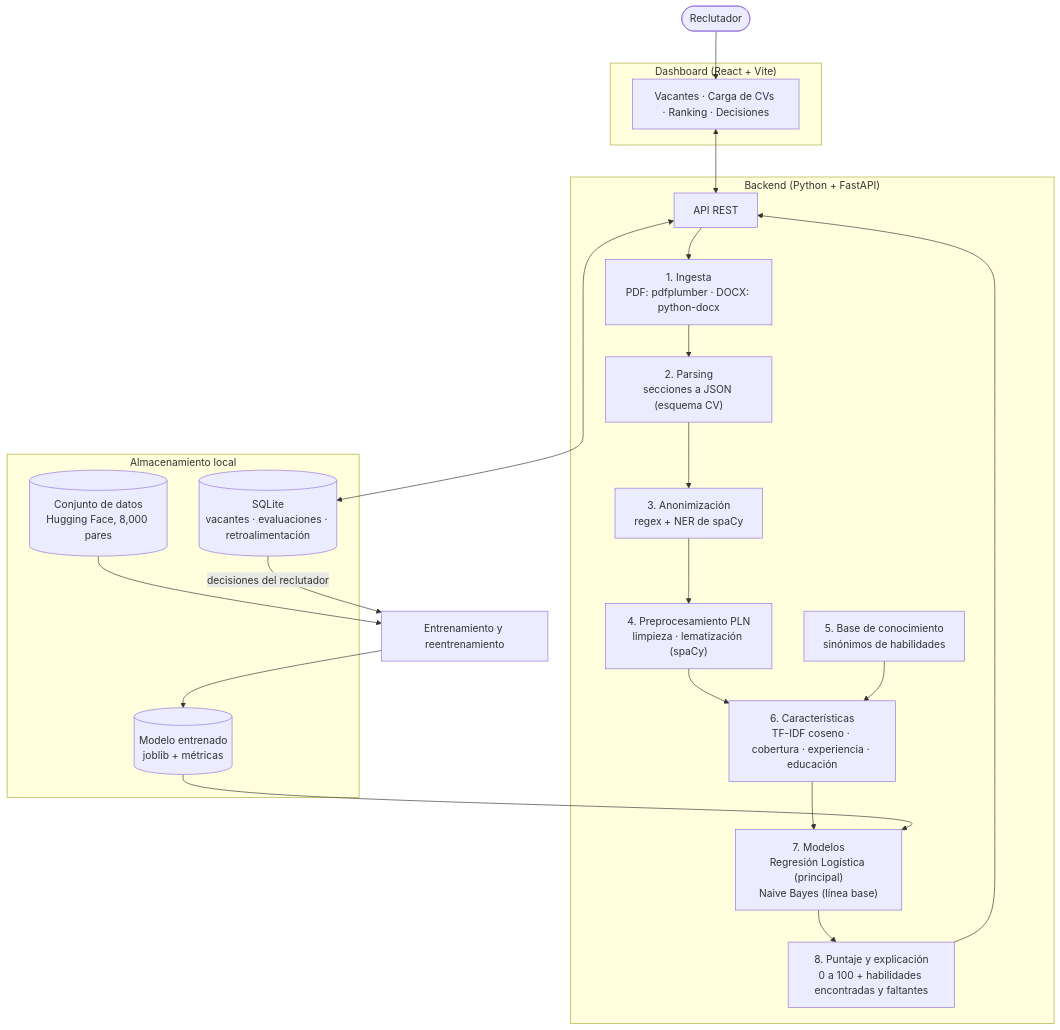
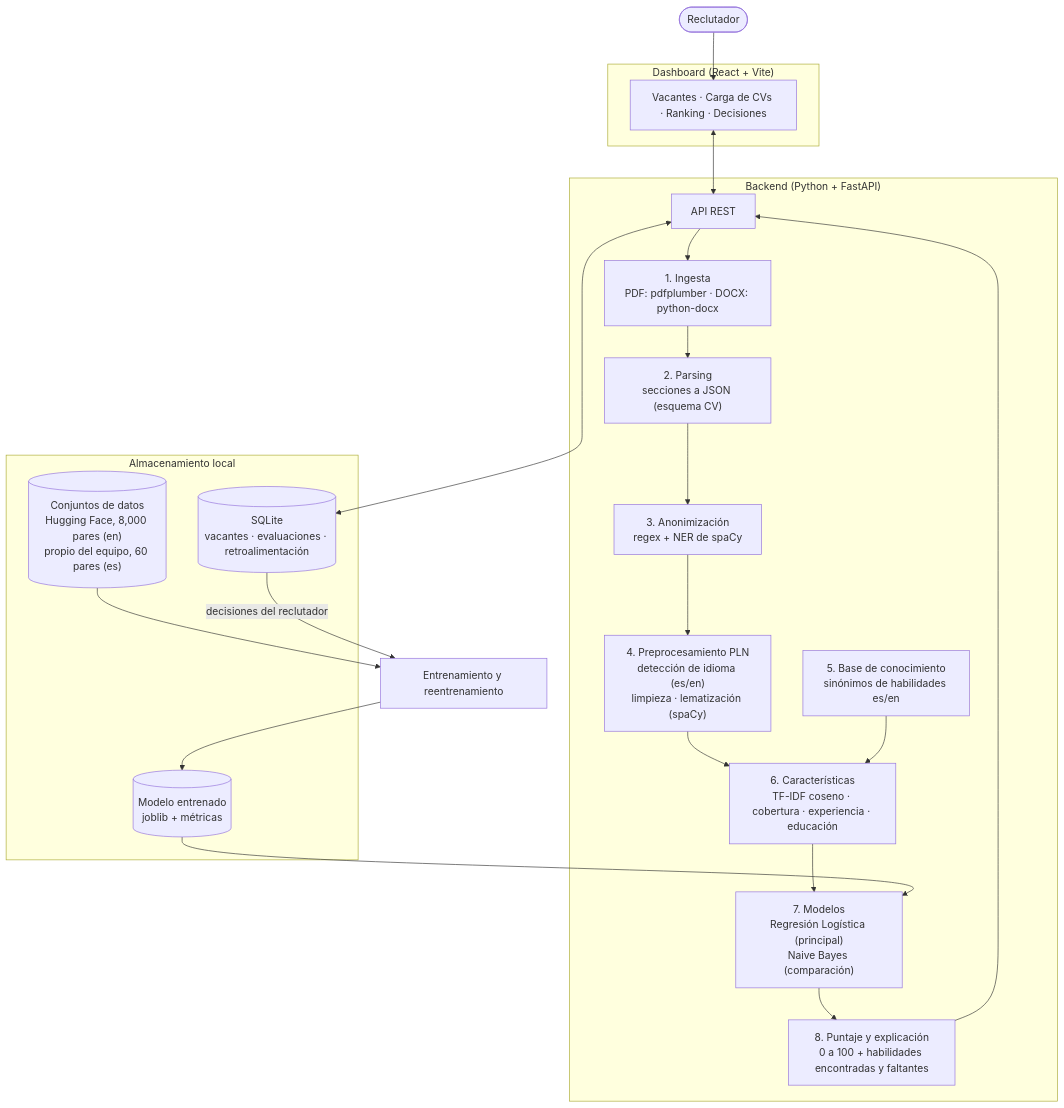
Before and after one commit to Aselori/cv-screening: the diagram in docs/arquitectura.md, drawn with Mermaid. The commit also changed other lines of this file and 6 other files, not shown here.

````diff
--- a/docs/arquitectura.md
+++ b/docs/arquitectura.md
@@ -16,37 +16,37 @@
 ```mermaid
 flowchart TD
     REC([Reclutador])
 
     subgraph FE["Dashboard (React + Vite)"]
         UI["Vacantes · Carga de CVs · Ranking · Decisiones"]
     end
 
     subgraph BE["Backend (Python + FastAPI)"]
         API["API REST"]
         ING["1. Ingesta<br/>PDF: pdfplumber · DOCX: python-docx"]
         PAR["2. Parsing<br/>secciones a JSON (esquema CV)"]
         ANO["3. Anonimización<br/>regex + NER de spaCy"]
-        PLN["4. Preprocesamiento PLN<br/>limpieza · lematización (spaCy)"]
-        KB["5. Base de conocimiento<br/>sinónimos de habilidades"]
+        PLN["4. Preprocesamiento PLN<br/>detección de idioma (es/en)<br/>limpieza · lematización (spaCy)"]
+        KB["5. Base de conocimiento<br/>sinónimos de habilidades es/en"]
         FEAT["6. Características<br/>TF-IDF coseno · cobertura · experiencia · educación"]
-        ML["7. Modelos<br/>Regresión Logística (principal)<br/>Naive Bayes (línea base)"]
+        ML["7. Modelos<br/>Regresión Logística (principal)<br/>Naive Bayes (comparación)"]
         SC["8. Puntaje y explicación<br/>0 a 100 + habilidades encontradas y faltantes"]
     end
 
     subgraph ST["Almacenamiento local"]
         DB[("SQLite<br/>vacantes · evaluaciones · retroalimentación")]
         MOD[("Modelo entrenado<br/>joblib + métricas")]
-        DS[("Conjunto de datos<br/>Hugging Face, 8,000 pares")]
+        DS[("Conjuntos de datos<br/>Hugging Face, 8,000 pares (en)<br/>propio del equipo, 60 pares (es)")]
     end
 
     REC --> UI
     UI <--> API
     API --> ING --> PAR --> ANO --> PLN --> FEAT
     KB --> FEAT
     FEAT --> ML --> SC --> API
     API <--> DB
     MOD --> ML
     DS --> TR["Entrenamiento y reentrenamiento"]
     DB -- "decisiones del reclutador" --> TR
     TR --> MOD
 ```
````
